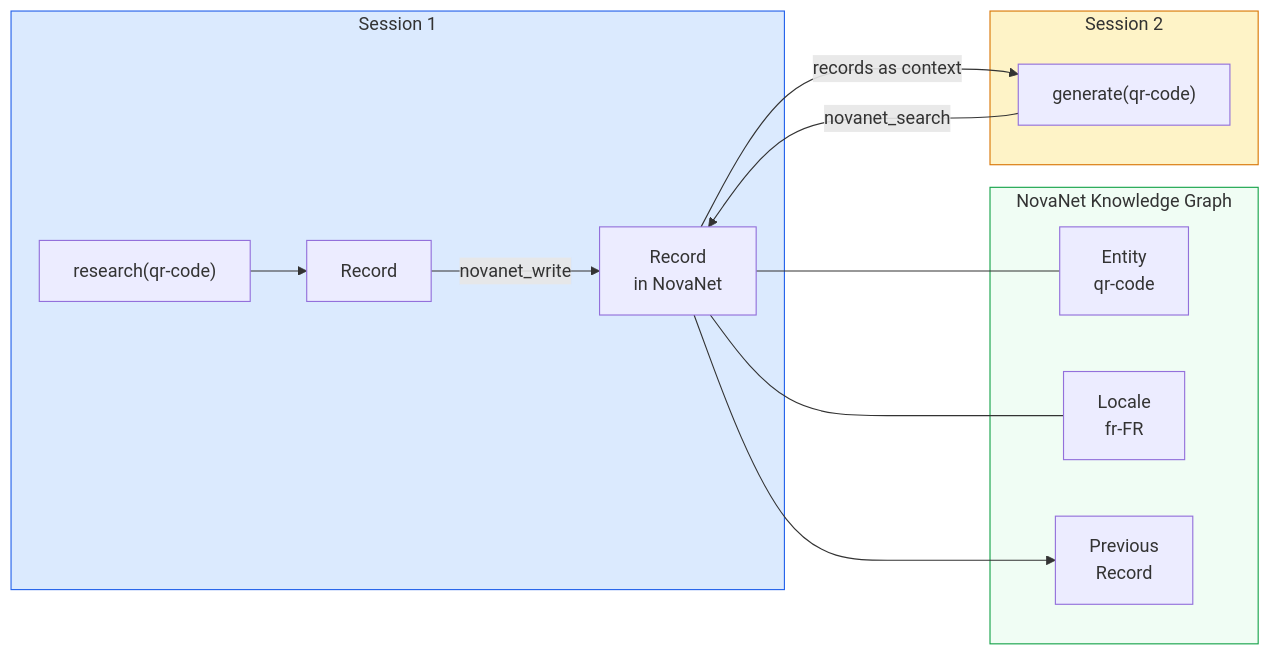
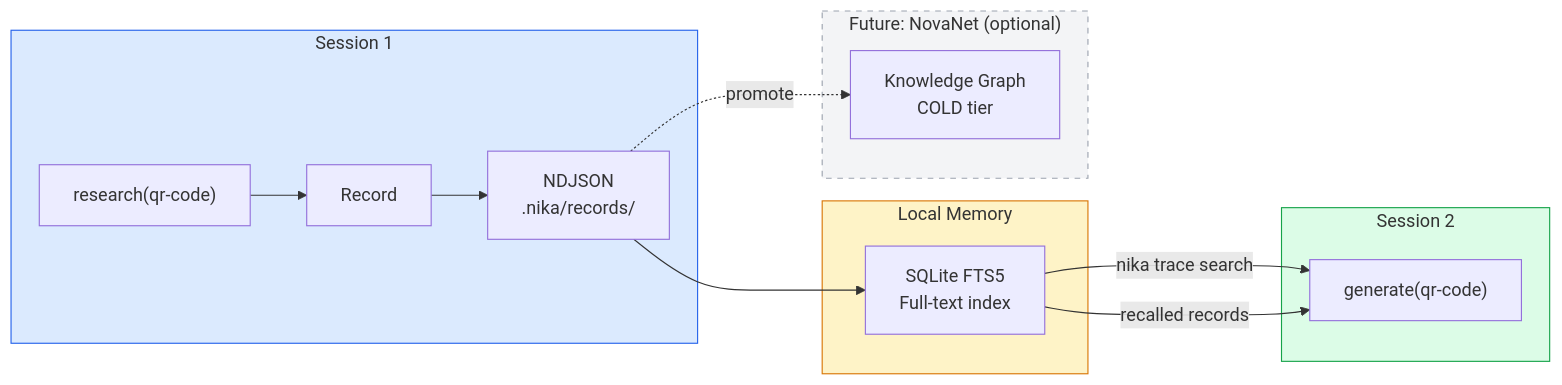
The sixth of 10 diagrams in docs/vision/05-evolution-roadmap.md (supernovae-st/nika), drawn with Mermaid before and after one commit. The commit also changed other lines of this file and 5 other files, not shown here.

````diff
--- a/docs/vision/05-evolution-roadmap.md
+++ b/docs/vision/05-evolution-roadmap.md
@@ -662,22 +607,25 @@
 ```mermaid
 flowchart LR
     subgraph S1["Session 1"]
-        R1["research(qr-code)"] --> E1["Record"]
-        E1 -->|"novanet_write"| AE1["Record\nin NovaNet"]
+        T1["research(qr-code)"] --> R1["Record"]
+        R1 --> D1["NDJSON\n.nika/records/"]
     end
 
-    subgraph KG["NovaNet Knowledge Graph"]
-        AE1 --- ENT["Entity\nqr-code"]
-        AE1 --- LOC["Locale\nfr-FR"]
-        AE1 --> AE0["Previous\nRecord"]
+    subgraph LOCAL["Local Memory"]
+        D1 --> FTS["SQLite FTS5\nFull-text index"]
     end
 
     subgraph S2["Session 2"]
-        G1["generate(qr-code)"] -->|"novanet_search"| AE1
-        AE1 -->|"records as context"| G1
+        FTS -->|"nika trace search"| T2["generate(qr-code)"]
+        FTS -->|"recalled records"| T2
+    end
+
+    subgraph FUTURE["Future: NovaNet (optional)"]
+        D1 -.->|"promote"| KG["Knowledge Graph\nCOLD tier"]
     end
 
     style S1 fill:#dbeafe,stroke:#2563eb
-    style KG fill:#f0fdf4,stroke:#16a34a
-    style S2 fill:#fef3c7,stroke:#d97706
+    style LOCAL fill:#fef3c7,stroke:#d97706
+    style S2 fill:#dcfce7,stroke:#16a34a
+    style FUTURE fill:#f3f4f6,stroke:#9ca3af,stroke-dasharray: 5 5
 ```
````
